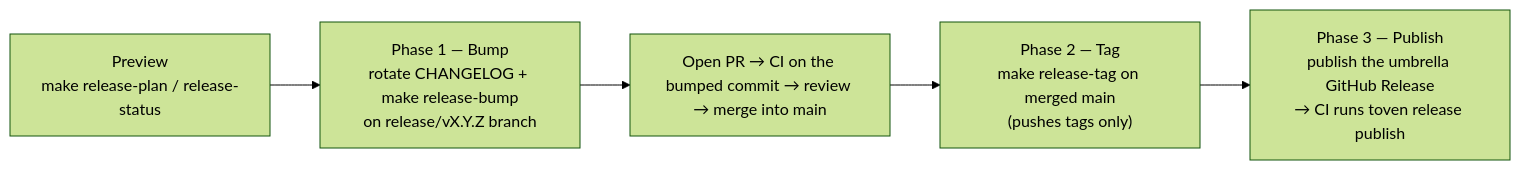
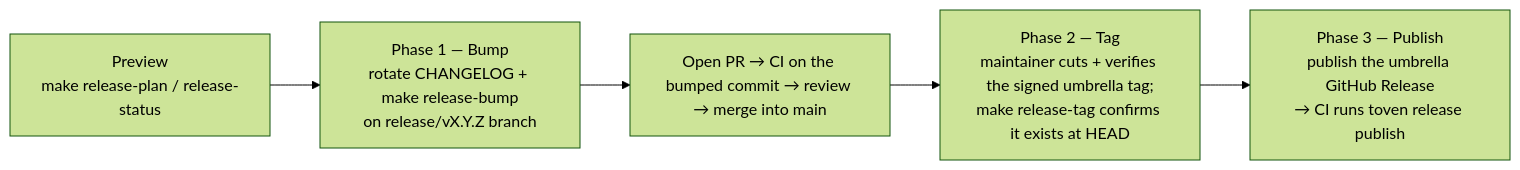
One commit to kbukum/rskit changed the diagram in docs/RELEASING.md. Above: the diagram before and after it, drawn with Mermaid (forest theme). The commit also changed other lines of this file and 11 other files, not shown here.

Commit message:
feat(util): add RFC 2822 date-time codec and document umbrella release model (#318)

````diff
--- a/docs/RELEASING.md
+++ b/docs/RELEASING.md
@@ -33,7 +33,7 @@
 ```mermaid
 flowchart LR
     A["Preview<br/>make release-plan / release-status"] --> B["Phase 1 — Bump<br/>rotate CHANGELOG + make release-bump<br/>on release/vX.Y.Z branch"]
     B --> C["Open PR → CI on the bumped commit → review → merge into main"]
-    C --> D["Phase 2 — Tag<br/>make release-tag on merged main<br/>(pushes tags only)"]
+    C --> D["Phase 2 — Tag<br/>maintainer cuts + verifies the signed umbrella tag;<br/>make release-tag confirms it exists at HEAD"]
     D --> E["Phase 3 — Publish<br/>publish the umbrella GitHub Release<br/>→ CI runs toven release publish"]
 ```
````
